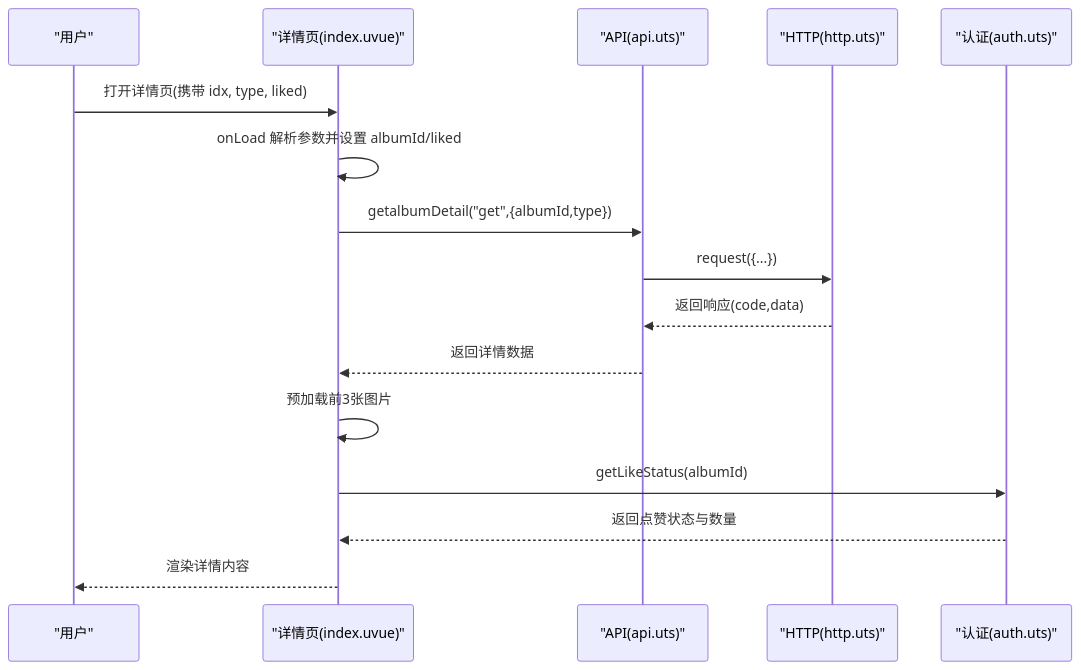
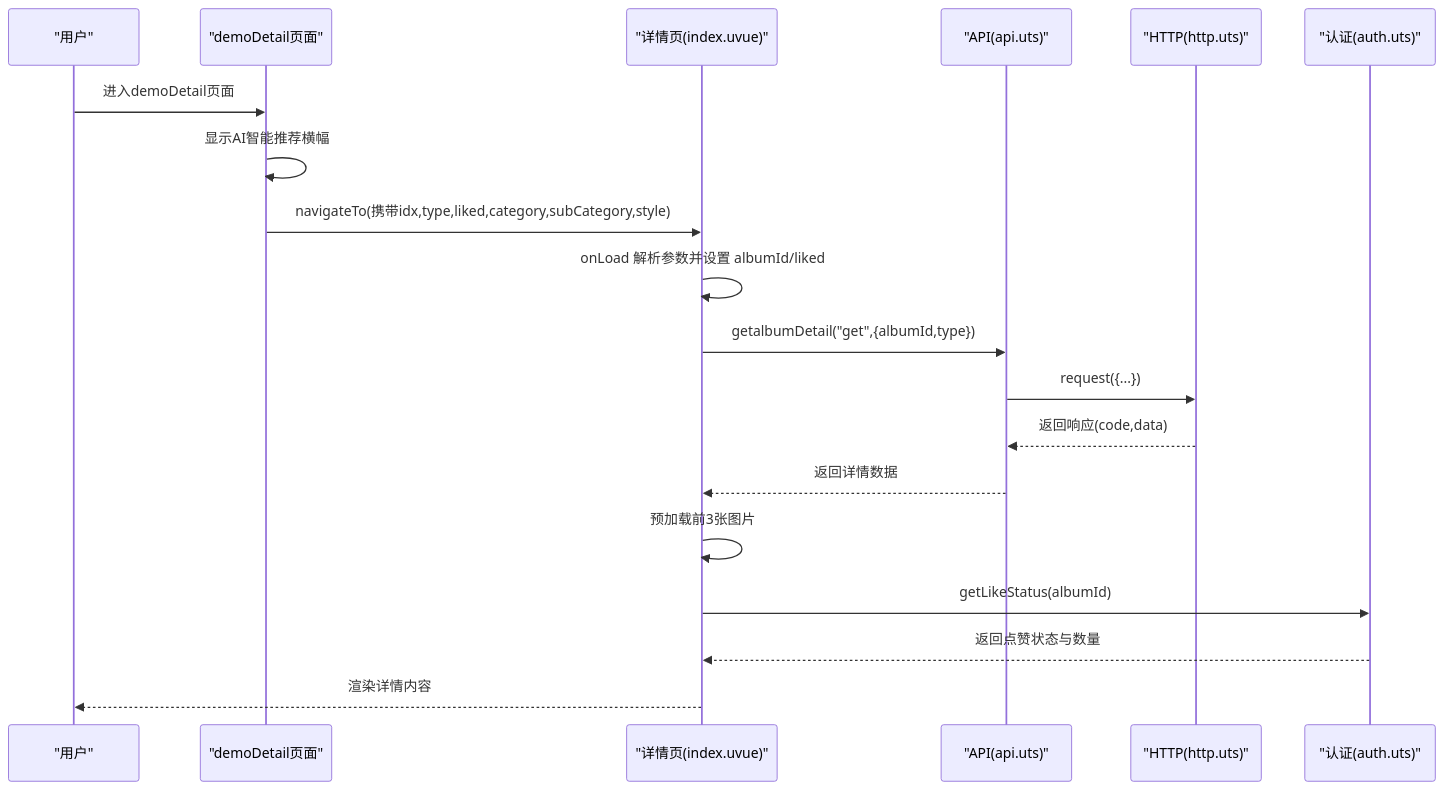
Before and after one commit to crazyma99/blueberry: the second of 6 diagrams in .qoder/repowiki/zh/content/核心功能模块/客片管理系统/客片详情页面.md, drawn with Mermaid. The commit also changed other lines of this file and 79 other files, not shown here.

````diff
--- a/.qoder/repowiki/zh/content/核心功能模块/客片管理系统/客片详情页面.md
+++ b/.qoder/repowiki/zh/content/核心功能模块/客片管理系统/客片详情页面.md
@@ -122,18 +145,21 @@
 ```mermaid
 sequenceDiagram
 participant U as "用户"
+participant DD as "demoDetail页面"
 participant D as "详情页(index.uvue)"
 participant A as "API(api.uts)"
 participant H as "HTTP(http.uts)"
 participant AU as "认证(auth.uts)"
-U->>D : 打开详情页(携带 idx, type, liked)
+U->>DD : 进入demoDetail页面
+DD->>DD : 显示AI智能推荐横幅
+DD->>D : navigateTo(携带idx,type,liked,category,subCategory,style)
 D->>D : onLoad 解析参数并设置 albumId/liked
 D->>A : getalbumDetail("get",{albumId,type})
 A->>H : request({...})
 H-->>A : 返回响应(code,data)
 A-->>D : 返回详情数据
 D->>D : 预加载前3张图片
 D->>AU : getLikeStatus(albumId)
 AU-->>D : 返回点赞状态与数量
 D-->>U : 渲染详情内容
 ```
````
